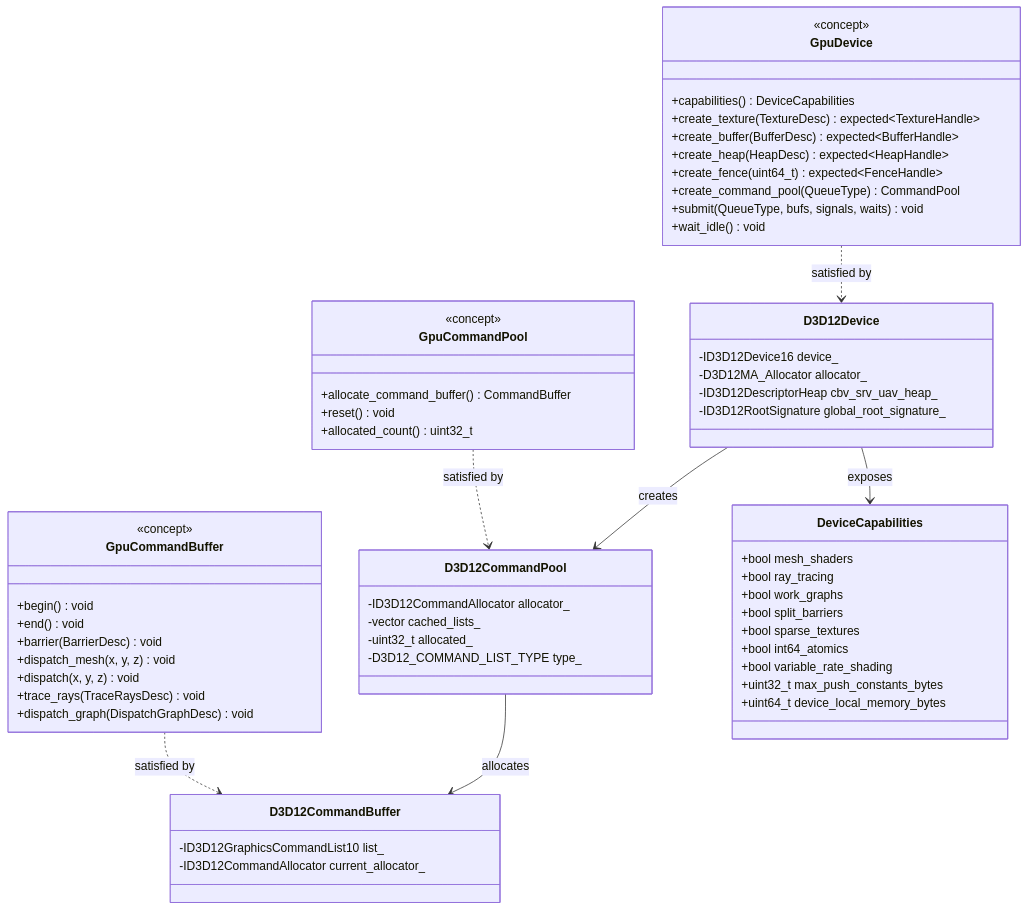
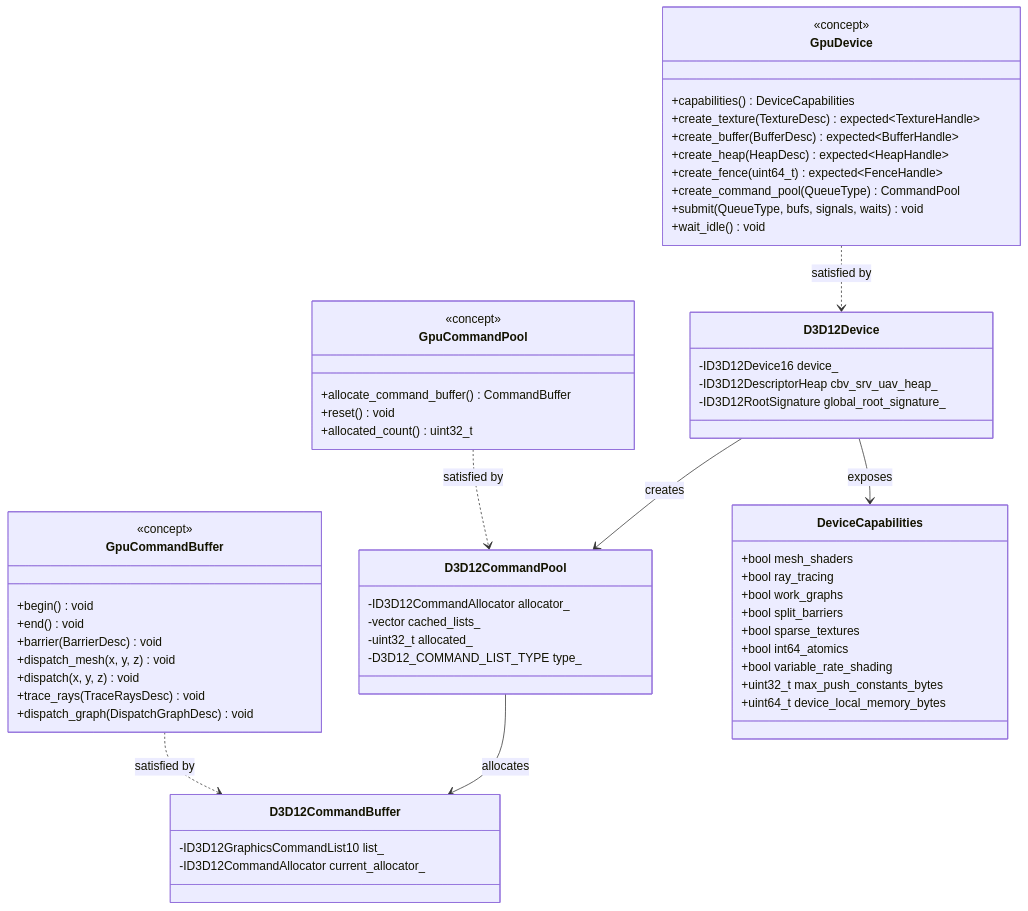
The second of 9 diagrams in docs/design/gpu-backend-d3d12-classes.md (harmonius-dev/harmonius), drawn with Mermaid before and after one commit. The commit also changed other lines of this file and 28 other files, not shown here.

````diff
--- a/docs/design/gpu-backend-d3d12-classes.md
+++ b/docs/design/gpu-backend-d3d12-classes.md
@@ -146,70 +145,69 @@
 ```mermaid
 classDiagram
     class GpuDevice {
         <<concept>>
         +capabilities() DeviceCapabilities
         +create_texture(TextureDesc) expected~TextureHandle~
         +create_buffer(BufferDesc) expected~BufferHandle~
         +create_heap(HeapDesc) expected~HeapHandle~
         +create_fence(uint64_t) expected~FenceHandle~
         +create_command_pool(QueueType) CommandPool
         +submit(QueueType, bufs, signals, waits) void
         +wait_idle() void
     }
 
     class GpuCommandPool {
         <<concept>>
         +allocate_command_buffer() CommandBuffer
         +reset() void
         +allocated_count() uint32_t
     }
 
     class GpuCommandBuffer {
         <<concept>>
         +begin() void
         +end() void
         +barrier(BarrierDesc) void
         +dispatch_mesh(x, y, z) void
         +dispatch(x, y, z) void
         +trace_rays(TraceRaysDesc) void
         +dispatch_graph(DispatchGraphDesc) void
     }
 
     class D3D12Device {
         -ID3D12Device16 device_
-        -D3D12MA_Allocator allocator_
         -ID3D12DescriptorHeap cbv_srv_uav_heap_
         -ID3D12RootSignature global_root_signature_
     }
 
     class D3D12CommandPool {
         -ID3D12CommandAllocator allocator_
         -vector cached_lists_
         -uint32_t allocated_
         -D3D12_COMMAND_LIST_TYPE type_
     }
 
     class D3D12CommandBuffer {
         -ID3D12GraphicsCommandList10 list_
         -ID3D12CommandAllocator current_allocator_
     }
 
     class DeviceCapabilities {
         +bool mesh_shaders
         +bool ray_tracing
         +bool work_graphs
         +bool split_barriers
         +bool sparse_textures
         +bool int64_atomics
         +bool variable_rate_shading
         +uint32_t max_push_constants_bytes
         +uint64_t device_local_memory_bytes
     }
 
     GpuDevice ..> D3D12Device : satisfied by
     GpuCommandPool ..> D3D12CommandPool : satisfied by
     GpuCommandBuffer ..> D3D12CommandBuffer : satisfied by
     D3D12Device --> D3D12CommandPool : creates
     D3D12CommandPool --> D3D12CommandBuffer : allocates
     D3D12Device --> DeviceCapabilities : exposes
 ```
````
